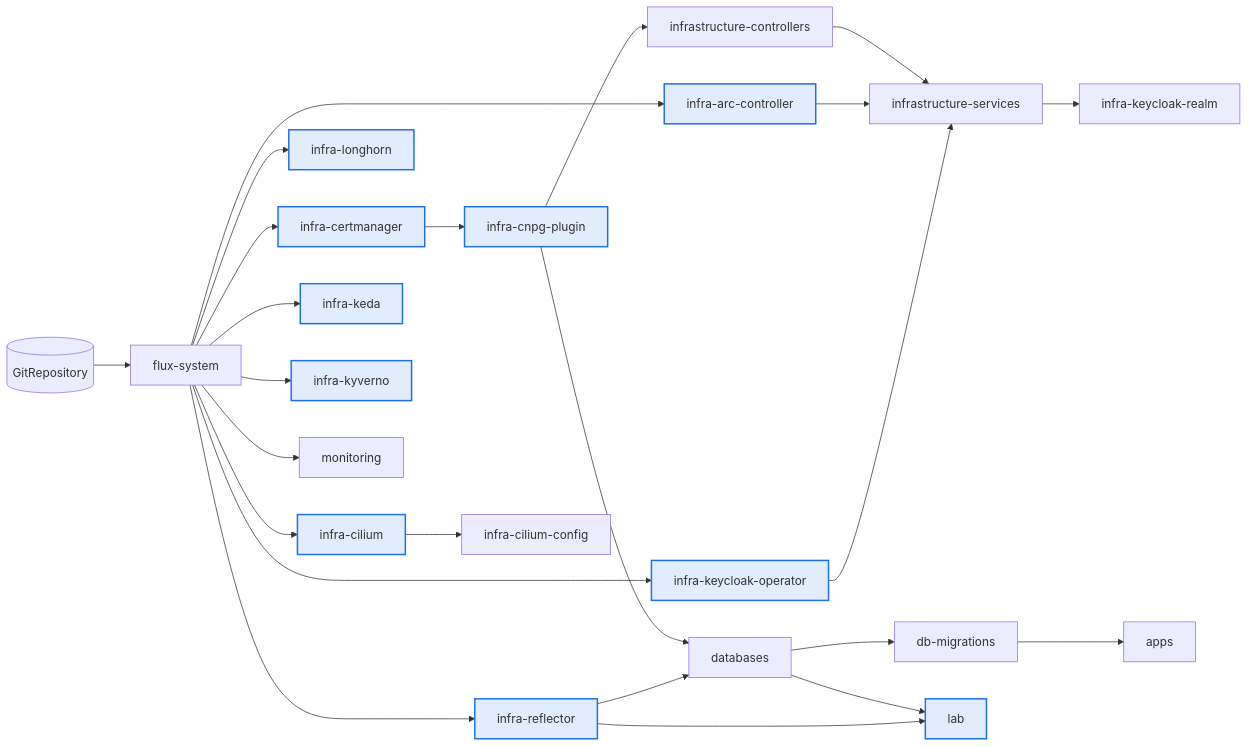
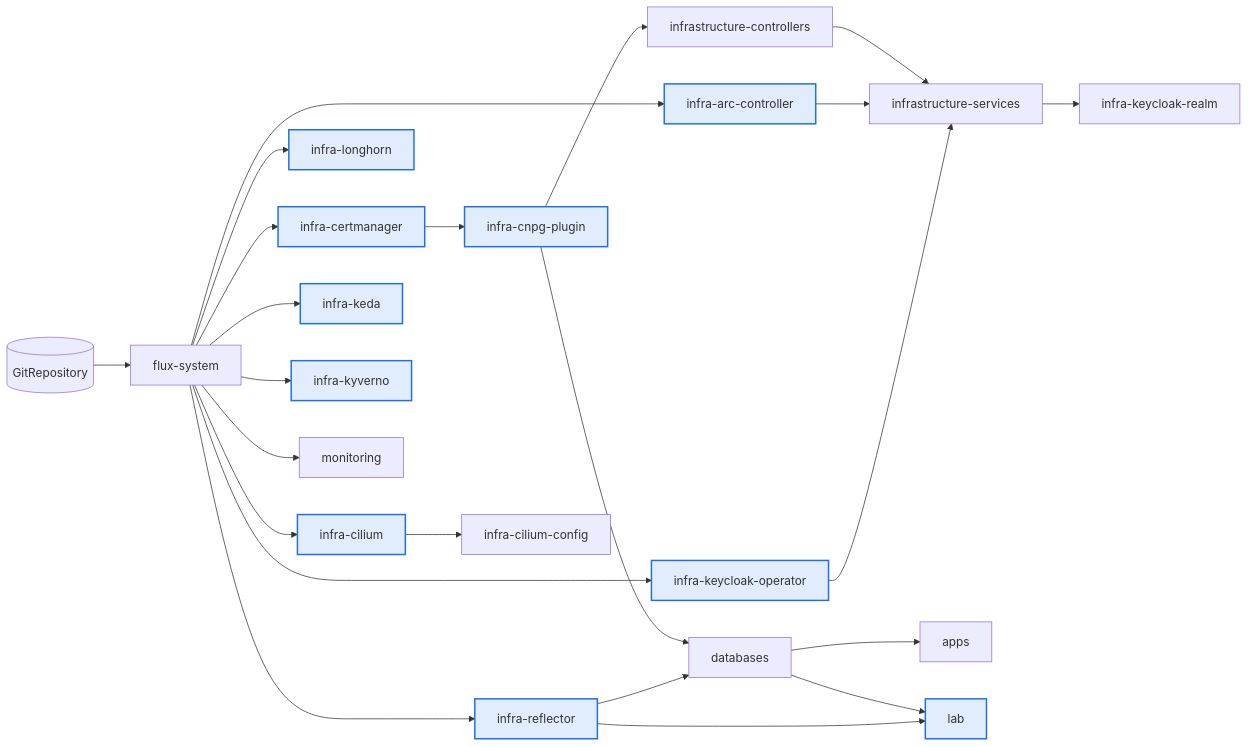
One commit to eliorion/homelab_v1 changed the second of 3 diagrams in README.md. Above: the diagram before and after it, drawn with Mermaid. The commit also changed 42 other files, not shown here.

````diff
--- a/README.md
+++ b/README.md
@@ -205,33 +205,32 @@
 ```mermaid
 flowchart LR
     git[("GitRepository")] --> root["flux-system"]
 
     root --> cm["infra-certmanager"]
     root --> arc["infra-arc-controller"]
     root --> lh["infra-longhorn"]
     root --> cil["infra-cilium"]
     root --> refl["infra-reflector"]
     root --> keda["infra-keda"]
     root --> kyv["infra-kyverno"]
     root --> kco["infra-keycloak-operator"]
     root --> mon["monitoring"]
 
     cm --> plugin["infra-cnpg-plugin"]
     plugin --> ctrl["infrastructure-controllers"]
     ctrl --> svc["infrastructure-services"]
     arc --> svc
     kco --> svc
     svc --> realm["infra-keycloak-realm"]
 
     cil --> cilcfg["infra-cilium-config"]
 
     plugin --> db["databases"]
     refl --> db
-    db --> mig["db-migrations"]
-    mig --> apps["apps"]
+    db --> apps["apps"]
     db --> lab["lab"]
     refl --> lab
 
     classDef gate fill:#1f6feb22,stroke:#1f6feb,stroke-width:2px
     class cm,plugin,arc,lh,cil,refl,keda,kyv,kco,lab gate
 ```
````
